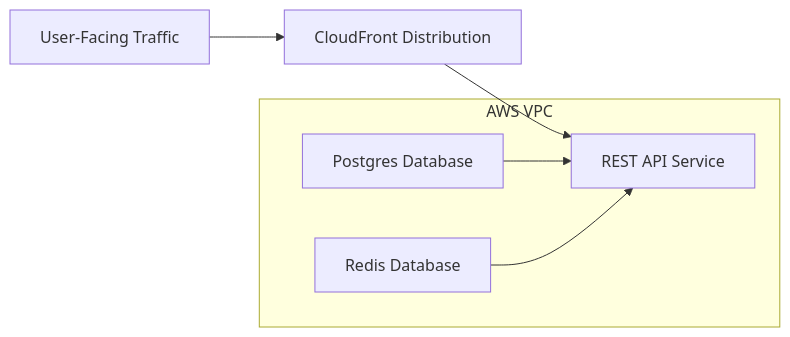
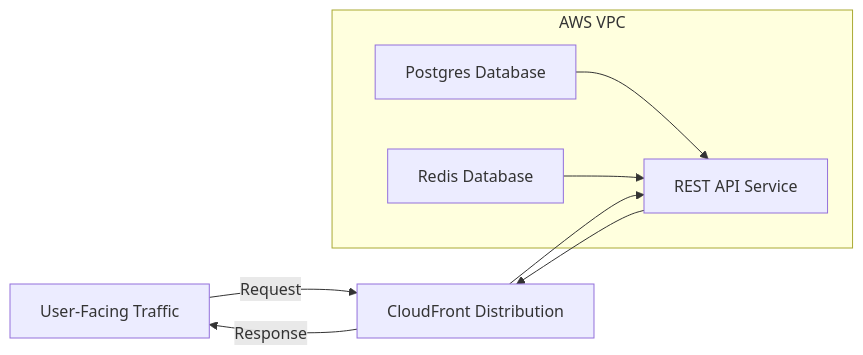
The diagram in src/content/docs/services/rest_api.md (jyablonski/doqs), drawn with Mermaid before and after one commit. The commit also changed other lines of this file and 29 other files, not shown here.

````diff
--- a/src/content/docs/services/rest_api.md
+++ b/src/content/docs/services/rest_api.md
@@ -11,14 +12,16 @@
 ``` mermaid
 graph LR
-    UserFacing[User-Facing Traffic] --> CF[CloudFront Distribution] --> API[REST API Service]
+    UserFacing[User-Facing Traffic] -->|Request| CF[CloudFront Distribution] --> API[REST API Service]
+    API --> CF
+    CF -->|Response| UserFacing
 
     subgraph VPC[AWS VPC]
         DB[Postgres Database]
         Redis[Redis Database]
         API
     end
 
     DB --> API
     Redis --> API
 
 ```
````
